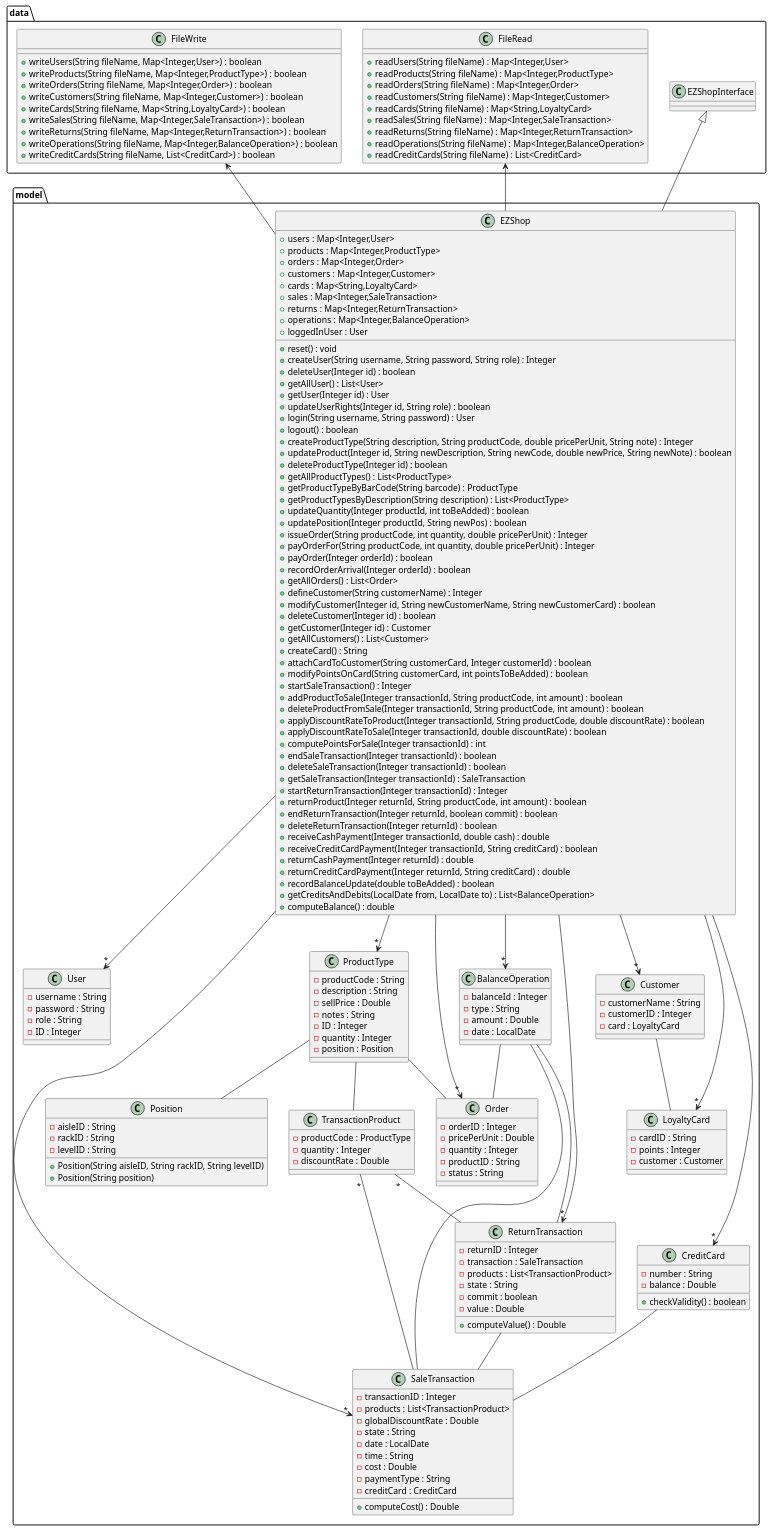
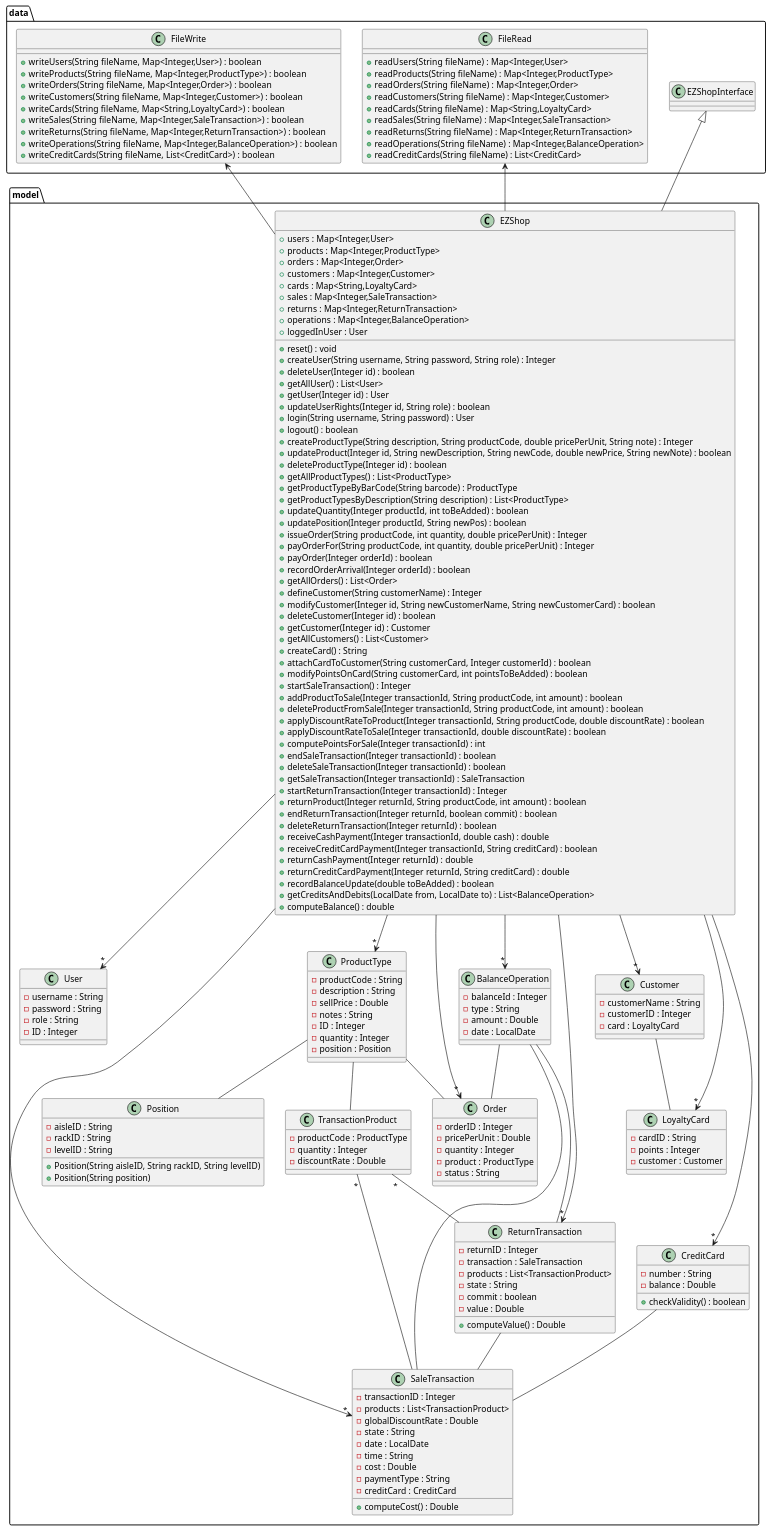
One commit to giuseppesalvi/ezshop changed the second of 28 diagrams in Deliverables/DesignDocument.md. Above: the diagram before and after it, drawn with PlantUML. The commit also changed other lines of this file, not shown here.

Commit message:
Update DesignDocument.md: sequence diagram, class diagram, package diagram

```diff
--- a/Deliverables/DesignDocument.md
+++ b/Deliverables/DesignDocument.md
@@ -160,7 +168,7 @@
     -orderID : Integer
     -pricePerUnit : Double
     -quantity : Integer
-    -productID : String
+    -product : ProductType
     -status : String
 }
 
```
